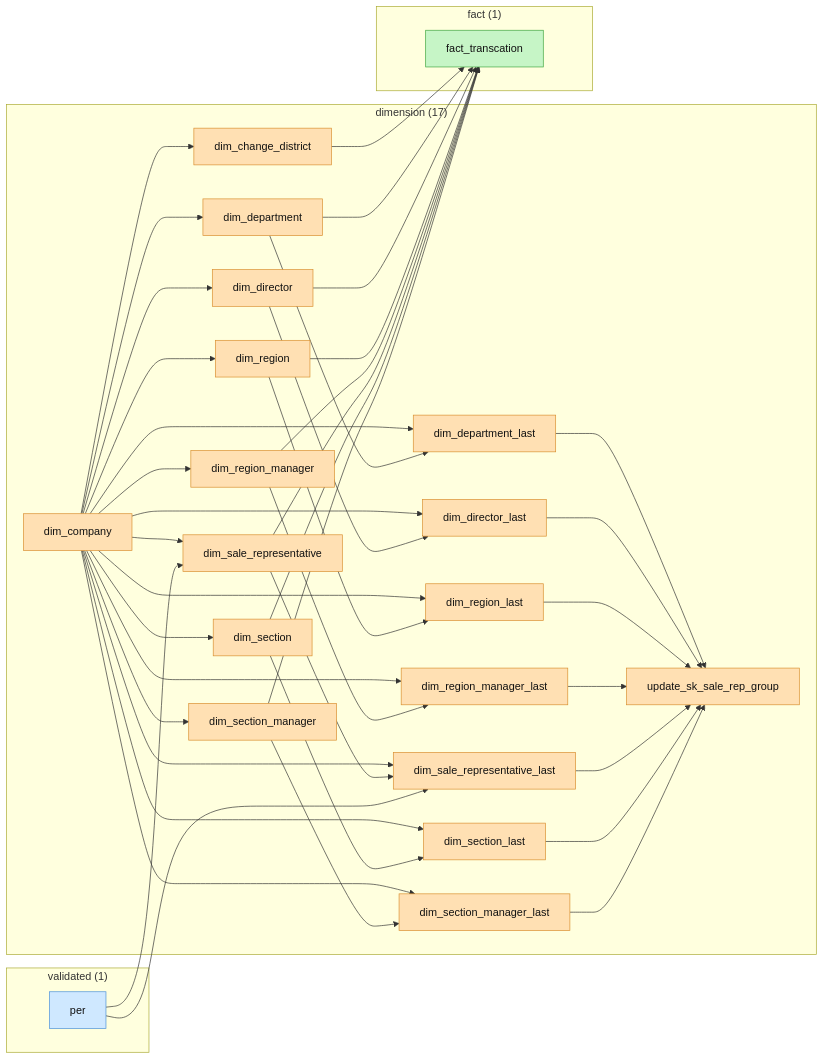
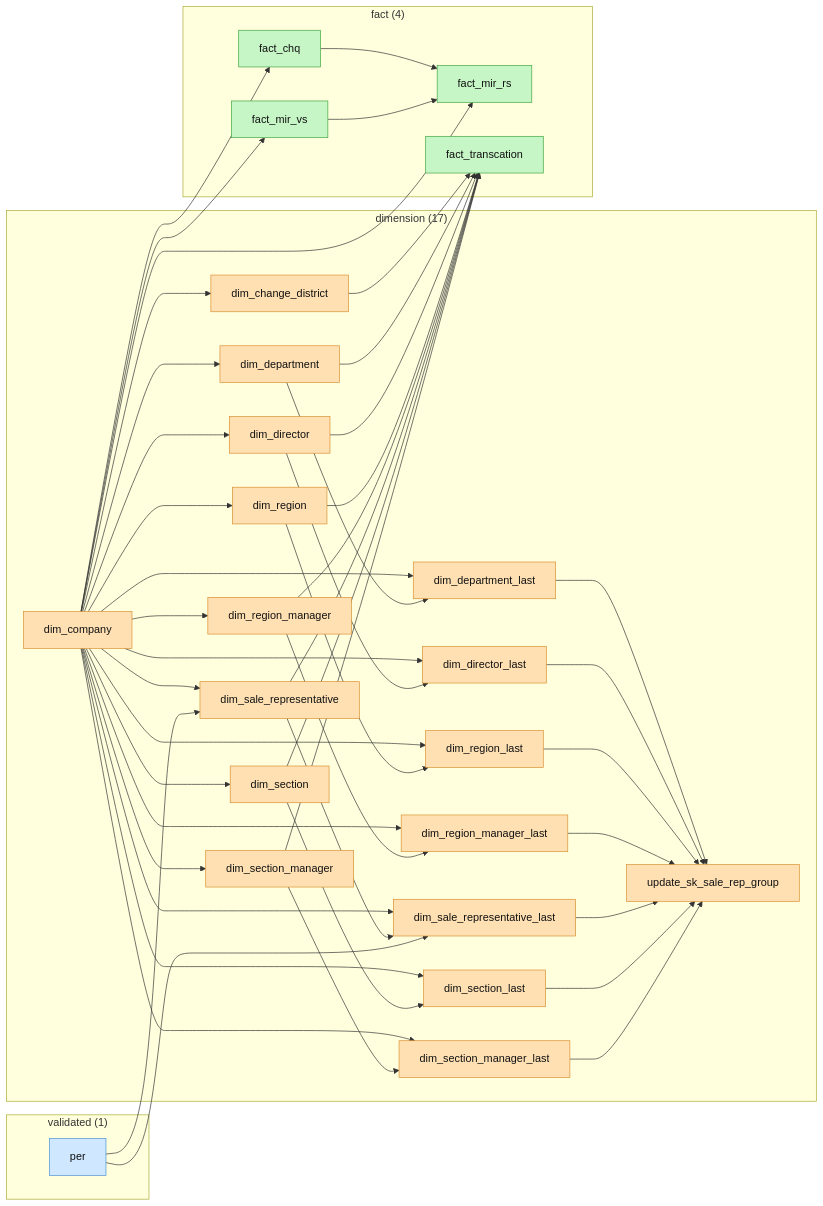
One commit to warayut-ALL-IN-AI/data-buffet changed the first of 12 diagrams in document/diagrams/topic_flows.md. Above: the diagram before and after it, drawn with Mermaid. The commit also changed other lines of this file and 2 other files, not shown here.

First line of the commit message:
EXTRACT_CHQ_DATA: let an amount end at a slash followed by a letter

````diff
--- a/document/diagrams/topic_flows.md
+++ b/document/diagrams/topic_flows.md
@@ -39,74 +39,82 @@
 ```mermaid
 flowchart LR
   subgraph validated["validated (1)"]
     per["per"]
   end
   subgraph dimension["dimension (17)"]
     dim_change_district["dim_change_district"]
     dim_company["dim_company"]
     dim_department["dim_department"]
     dim_department_last["dim_department_last"]
     dim_director["dim_director"]
     dim_director_last["dim_director_last"]
     dim_region["dim_region"]
     dim_region_last["dim_region_last"]
     dim_region_manager["dim_region_manager"]
     dim_region_manager_last["dim_region_manager_last"]
     dim_sale_representative["dim_sale_representative"]
     dim_sale_representative_last["dim_sale_representative_last"]
     dim_section["dim_section"]
     dim_section_last["dim_section_last"]
     dim_section_manager["dim_section_manager"]
     dim_section_manager_last["dim_section_manager_last"]
     update_sk_sale_rep_group["update_sk_sale_rep_group"]
   end
-  subgraph fact["fact (1)"]
+  subgraph fact["fact (4)"]
+    fact_chq["fact_chq"]
+    fact_mir_rs["fact_mir_rs"]
+    fact_mir_vs["fact_mir_vs"]
     fact_transcation["fact_transcation"]
   end
   dim_change_district --> fact_transcation
   dim_company --> dim_change_district
   dim_company --> dim_department
   dim_company --> dim_department_last
   dim_company --> dim_director
   dim_company --> dim_director_last
   dim_company --> dim_region
   dim_company --> dim_region_last
   dim_company --> dim_region_manager
   dim_company --> dim_region_manager_last
   dim_company --> dim_sale_representative
   dim_company --> dim_sale_representative_last
   dim_company --> dim_section
   dim_company --> dim_section_last
   dim_company --> dim_section_manager
   dim_company --> dim_section_manager_last
+  dim_company --> fact_chq
+  dim_company --> fact_mir_rs
+  dim_company --> fact_mir_vs
   dim_department --> dim_department_last
   dim_department --> fact_transcation
   dim_department_last --> update_sk_sale_rep_group
   dim_director --> dim_director_last
   dim_director --> fact_transcation
   dim_director_last --> update_sk_sale_rep_group
   dim_region --> dim_region_last
   dim_region --> fact_transcation
   dim_region_last --> update_sk_sale_rep_group
   dim_region_manager --> dim_region_manager_last
   dim_region_manager --> fact_transcation
   dim_region_manager_last --> update_sk_sale_rep_group
   dim_sale_representative --> dim_sale_representative_last
   dim_sale_representative --> fact_transcation
   dim_sale_representative_last --> update_sk_sale_rep_group
   dim_section --> dim_section_last
   dim_section --> fact_transcation
   dim_section_last --> update_sk_sale_rep_group
   dim_section_manager --> dim_section_manager_last
   dim_section_manager --> fact_transcation
   dim_section_manager_last --> update_sk_sale_rep_group
+  fact_chq --> fact_mir_rs
+  fact_mir_vs --> fact_mir_rs
   per --> dim_sale_representative
   per --> dim_sale_representative_last
   classDef validated fill:#cfe8ff,stroke:#4a90d9,color:#111;
   classDef dimension fill:#ffe0b3,stroke:#d98f2f,color:#111;
   classDef fact fill:#c6f5c6,stroke:#3fa63f,color:#111;
   classDef paused fill:#f5f5f5,stroke:#bbb,color:#999,stroke-dasharray:4 3;
   class per validated;
   class dim_change_district,dim_company,dim_department,dim_department_last,dim_director,dim_director_last,dim_region,dim_region_last,dim_region_manager,dim_region_manager_last,dim_sale_representative,dim_sale_representative_last,dim_section,dim_section_last,dim_section_manager,dim_section_manager_last,update_sk_sale_rep_group dimension;
-  class fact_transcation fact;
+  class fact_chq,fact_mir_rs,fact_mir_vs,fact_transcation fact;
 ```
````
